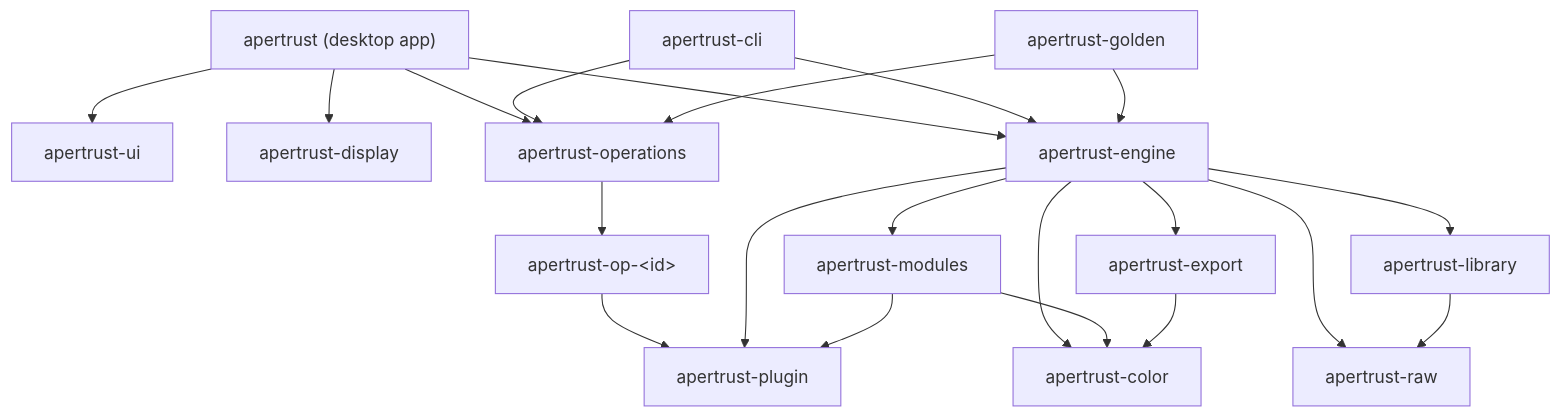
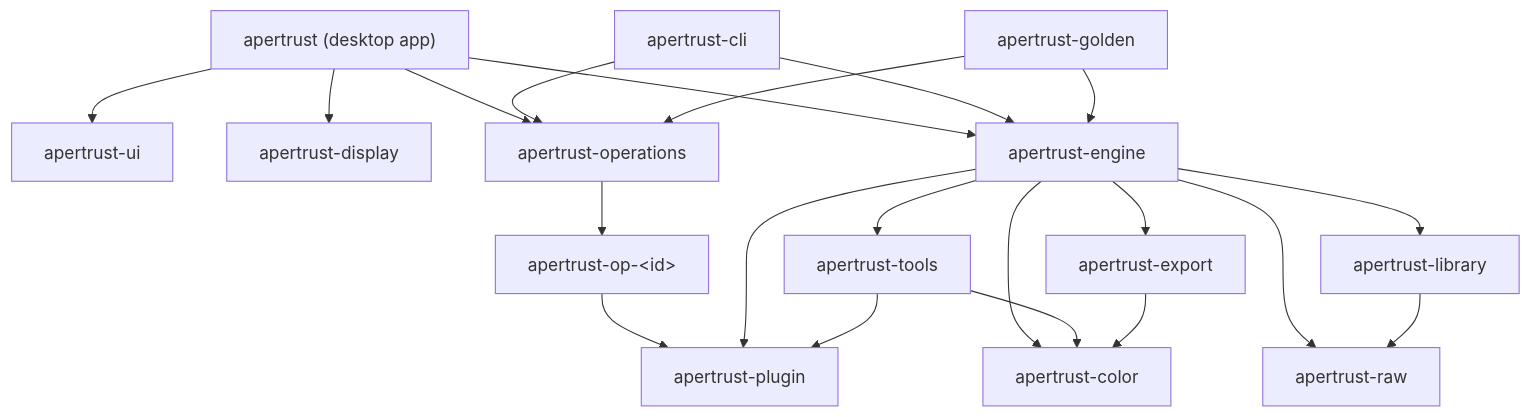
Before and after one commit to apertrust/apertrust: the first of 3 diagrams in docs/crates.md, drawn with Mermaid. The commit also changed other lines of this file and 201 other files, not shown here.

First line of the commit message:
Rename apertrust-modules to apertrust-tools

````diff
--- a/docs/crates.md
+++ b/docs/crates.md
@@ -11,23 +11,23 @@
 ```mermaid
 flowchart TD
     app["apertrust (desktop app)"] --> ui[apertrust-ui]
     app --> display[apertrust-display]
     app --> engine[apertrust-engine]
     cli[apertrust-cli] --> engine
     golden[apertrust-golden] --> engine
     app --> operations[apertrust-operations]
     cli --> operations
     golden --> operations
     operations --> op["apertrust-op-&lt;id&gt;"]
     op --> plugin[apertrust-plugin]
-    engine --> modules[apertrust-modules]
+    engine --> modules[apertrust-tools]
     engine --> library[apertrust-library]
     engine --> export[apertrust-export]
     engine --> raw[apertrust-raw]
     engine --> plugin
     engine --> color[apertrust-color]
     modules --> plugin
     modules --> color
     export --> color
     library --> raw
 ```
````
